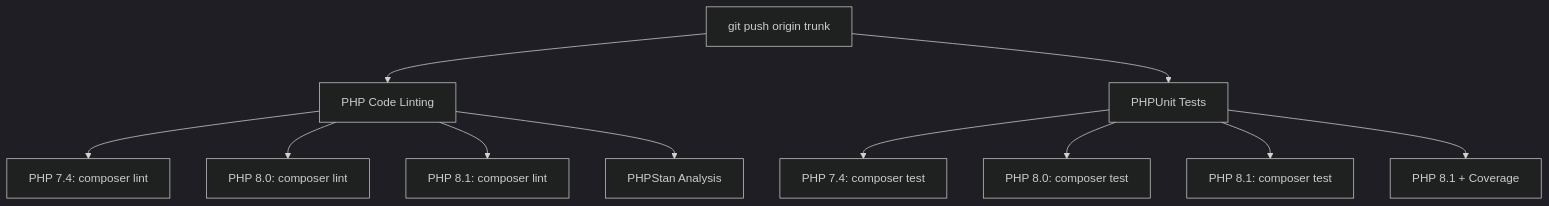
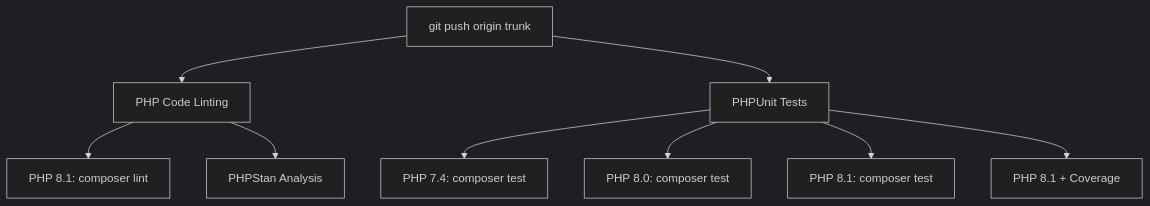
The first of 3 diagrams in .github/WORKFLOWS-SUMMARY.md (closemarketing/formscrm), drawn with Mermaid (dark theme) before and after one commit. The commit also changed other lines of this file and 1 other file, not shown here.

Commit message:
refactor: Simplify linting workflow - run once instead of 3 PHP versions

````diff
--- a/.github/WORKFLOWS-SUMMARY.md
+++ b/.github/WORKFLOWS-SUMMARY.md
@@ -7,15 +7,13 @@
 ```mermaid
 graph TD
     A[git push origin trunk] --> B[PHP Code Linting]
     A --> C[PHPUnit Tests]
     
-    B --> B1[PHP 7.4: composer lint]
-    B --> B2[PHP 8.0: composer lint]
-    B --> B3[PHP 8.1: composer lint]
-    B --> B4[PHPStan Analysis]
+    B --> B1[PHP 8.1: composer lint]
+    B --> B2[PHPStan Analysis]
     
     C --> C1[PHP 7.4: composer test]
     C --> C2[PHP 8.0: composer test]
     C --> C3[PHP 8.1: composer test]
     C --> C4[PHP 8.1 + Coverage]
 ```
````
